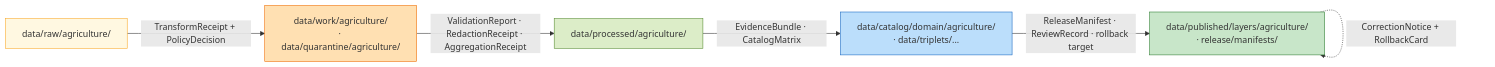
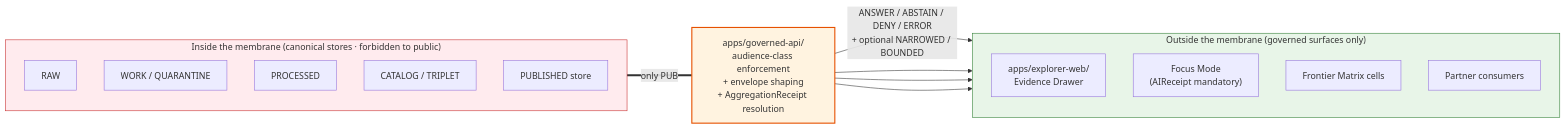
The third of 3 diagrams in docs/domains/agriculture/CANONICAL_PATHS.md (bartytime4life/Kansas-Frontier-Matrix), drawn with Mermaid before and after one commit. The commit also changed other lines of this file, not shown here.

````diff
--- a/docs/domains/agriculture/CANONICAL_PATHS.md
+++ b/docs/domains/agriculture/CANONICAL_PATHS.md
@@ -356,19 +419,34 @@
 ```mermaid
 flowchart LR
-    RAW["data/raw/agriculture/"] -->|TransformReceipt + PolicyDecision| WQ["data/work/agriculture/<br/>· data/quarantine/agriculture/"]
-    WQ -->|ValidationReport · RedactionReceipt · AggregationReceipt| PROC["data/processed/agriculture/"]
-    PROC -->|EvidenceBundle · CatalogMatrix| CAT["data/catalog/domain/agriculture/<br/>· data/triplets/..."]
-    CAT -->|ReleaseManifest · ReviewRecord · rollback target| PUB["data/published/layers/agriculture/<br/>· release/manifests/"]
-    PUB -.->|CorrectionNotice + RollbackCard| PUB
+  subgraph Inside["Inside the membrane (canonical stores · forbidden to public)"]
+    direction TB
+    RAW[RAW]
+    WQ[WORK / QUARANTINE]
+    PROC[PROCESSED]
+    CAT[CATALOG / TRIPLET]
+    PUB[PUBLISHED store]
+  end
 
-    classDef raw fill:#fff8e1,stroke:#f9a825;
-    classDef work fill:#ffe0b2,stroke:#ef6c00;
-    classDef proc fill:#dcedc8,stroke:#558b2f;
-    classDef cat fill:#bbdefb,stroke:#1565c0;
-    classDef pub fill:#c8e6c9,stroke:#2e7d32;
-    class RAW raw
-    class WQ work
-    class PROC proc
-    class CAT cat
-    class PUB pub
+  API["apps/governed-api/<br/>audience-class enforcement<br/>+ envelope shaping<br/>+ AggregationReceipt resolution"]
+
+  subgraph Outside["Outside the membrane (governed surfaces only)"]
+    direction TB
+    WEB["apps/explorer-web/<br/>Evidence Drawer"]
+    FOCUS["Focus Mode<br/>(AIReceipt mandatory)"]
+    MX["Frontier Matrix cells"]
+    PART["Partner consumers"]
+  end
+
+  Inside ===|"only PUB"| API
+  API -->|ANSWER / ABSTAIN / DENY / ERROR<br/>+ optional NARROWED / BOUNDED| WEB
+  API --> FOCUS
+  API --> MX
+  API --> PART
+
+  classDef inside fill:#ffebee,stroke:#c62828
+  classDef api fill:#fff3e0,stroke:#e65100,stroke-width:2px
+  classDef outside fill:#e8f5e8,stroke:#2e7d32
+  class Inside inside
+  class API api
+  class Outside outside
 ```
````
